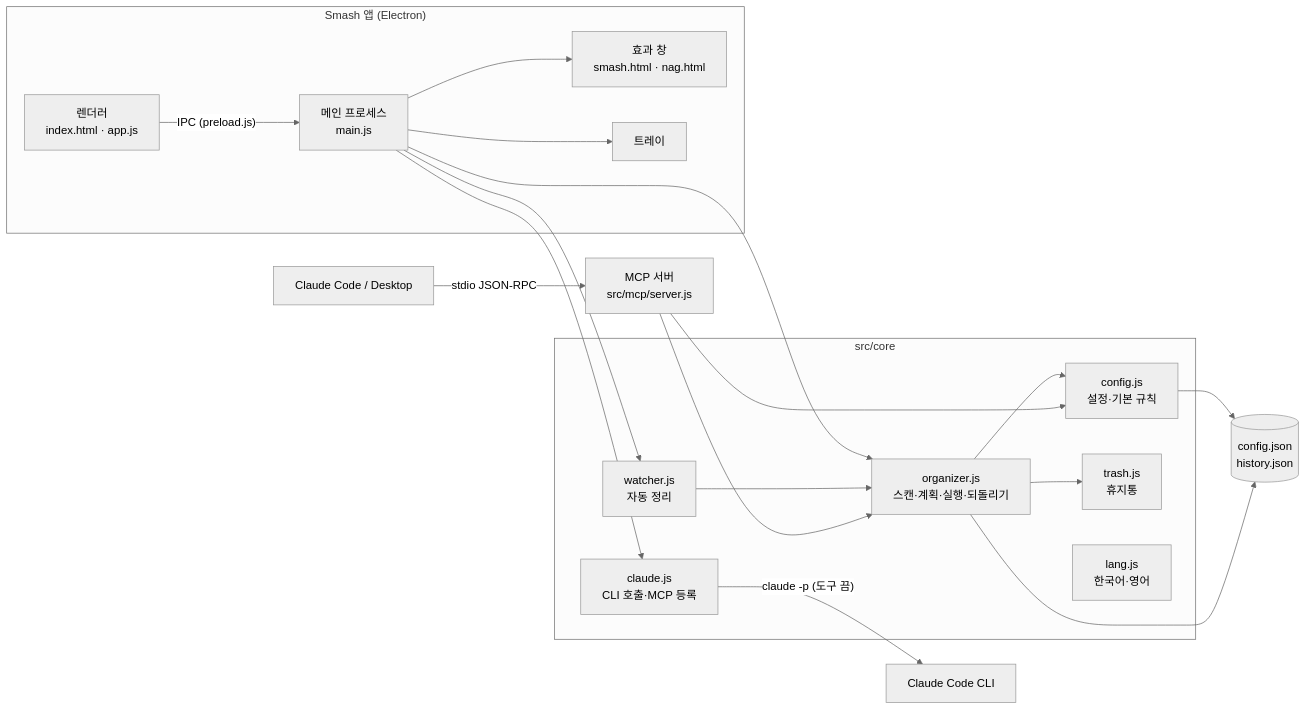
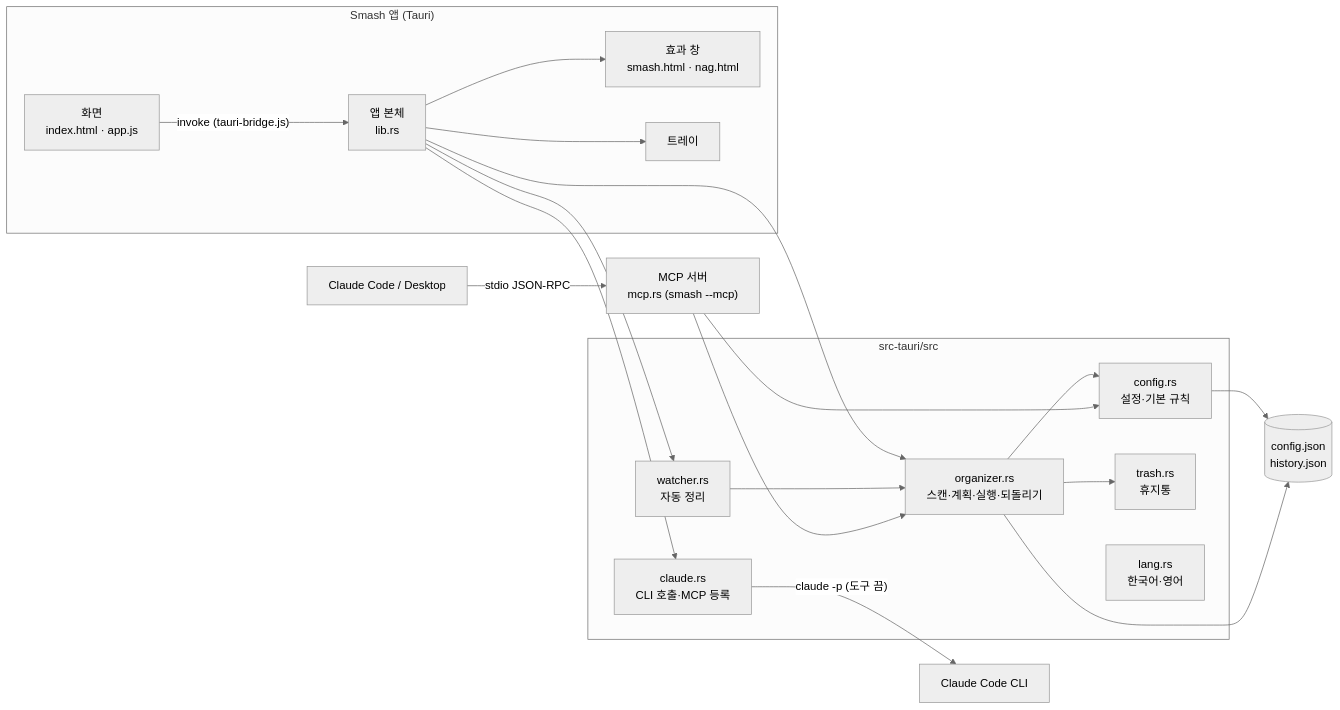
The diagram in docs/설계서.md (ESeungJun/smash), drawn with Mermaid (neutral theme) before and after one commit. The commit also changed other lines of this file and 13 other files, not shown here.

````diff
--- a/docs/설계서.md
+++ b/docs/설계서.md
@@ -30,28 +31,28 @@
 ```mermaid
 flowchart LR
-  subgraph App["Smash 앱 (Electron)"]
-    R["렌더러<br/>index.html · app.js"] -- "IPC (preload.js)" --> M["메인 프로세스<br/>main.js"]
+  subgraph App["Smash 앱 (Tauri)"]
+    R["화면<br/>index.html · app.js"] -- "invoke (tauri-bridge.js)" --> M["앱 본체<br/>lib.rs"]
     M --> FX["효과 창<br/>smash.html · nag.html"]
     M --> T["트레이"]
   end
-  subgraph Core["src/core"]
-    O["organizer.js<br/>스캔·계획·실행·되돌리기"]
-    C["config.js<br/>설정·기본 규칙"]
-    W["watcher.js<br/>자동 정리"]
-    CL["claude.js<br/>CLI 호출·MCP 등록"]
-    TR["trash.js<br/>휴지통"]
-    LG["lang.js<br/>한국어·영어"]
+  subgraph Core["src-tauri/src"]
+    O["organizer.rs<br/>스캔·계획·실행·되돌리기"]
+    C["config.rs<br/>설정·기본 규칙"]
+    W["watcher.rs<br/>자동 정리"]
+    CL["claude.rs<br/>CLI 호출·MCP 등록"]
+    TR["trash.rs<br/>휴지통"]
+    LG["lang.rs<br/>한국어·영어"]
   end
   M --> O
   M --> W
   M --> CL
   O --> TR
   O --> C
   W --> O
-  MCP["MCP 서버<br/>src/mcp/server.js"] --> O
+  MCP["MCP 서버<br/>mcp.rs (smash --mcp)"] --> O
   MCP --> C
   CC["Claude Code / Desktop"] -- "stdio JSON-RPC" --> MCP
   CL -- "claude -p (도구 끔)" --> CLI["Claude Code CLI"]
   C --> F[("config.json<br/>history.json")]
   O --> F
 ```
````
